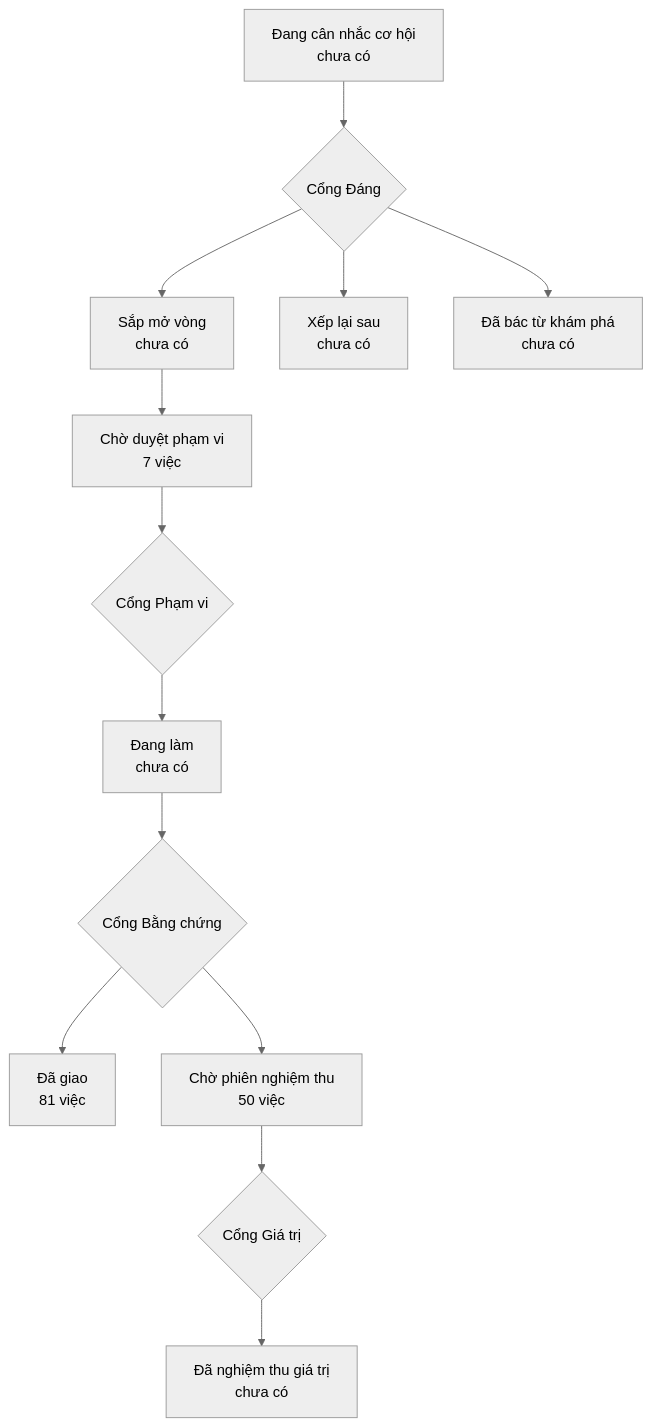
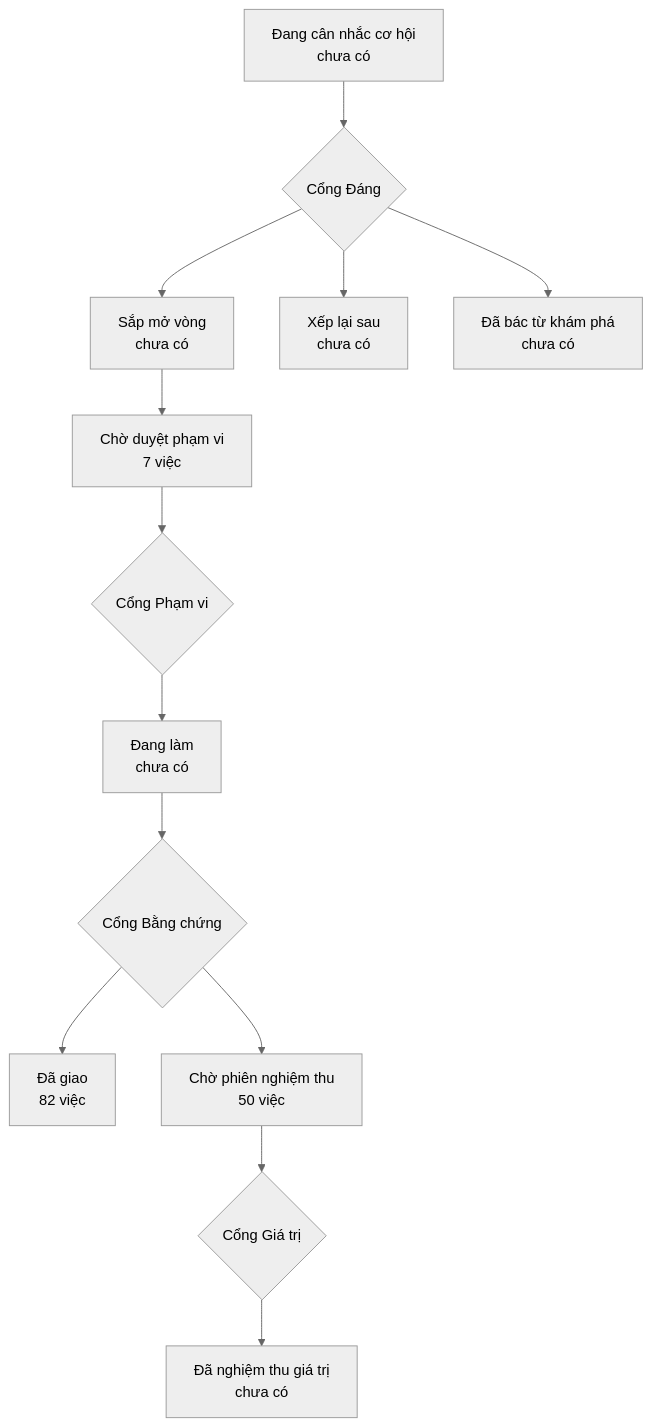
Before and after one commit to phanlemanh/onehub-invest: the diagram in PRODUCT-MAP.md, drawn with Mermaid (neutral theme). The commit also changed other lines of this file and 4 other files, not shown here.

````diff
--- a/PRODUCT-MAP.md
+++ b/PRODUCT-MAP.md
@@ -7,12 +7,12 @@
 ```mermaid
 flowchart TD
   A["Đang cân nhắc cơ hội<br/>chưa có"] --> GD{"Cổng Đáng"}
   GD --> B["Sắp mở vòng<br/>chưa có"]
   GD --> XL["Xếp lại sau<br/>chưa có"]
   GD --> DB["Đã bác từ khám phá<br/>chưa có"]
   B --> CD["Chờ duyệt phạm vi<br/>7 việc"] --> GP{"Cổng Phạm vi"}
   GP --> DL["Đang làm<br/>chưa có"] --> GB{"Cổng Bằng chứng"}
-  GB --> DG["Đã giao<br/>81 việc"]
+  GB --> DG["Đã giao<br/>82 việc"]
   GB --> CN["Chờ phiên nghiệm thu<br/>50 việc"] --> GG{"Cổng Giá trị"}
   GG --> NT["Đã nghiệm thu giá trị<br/>chưa có"]
 ```
````
